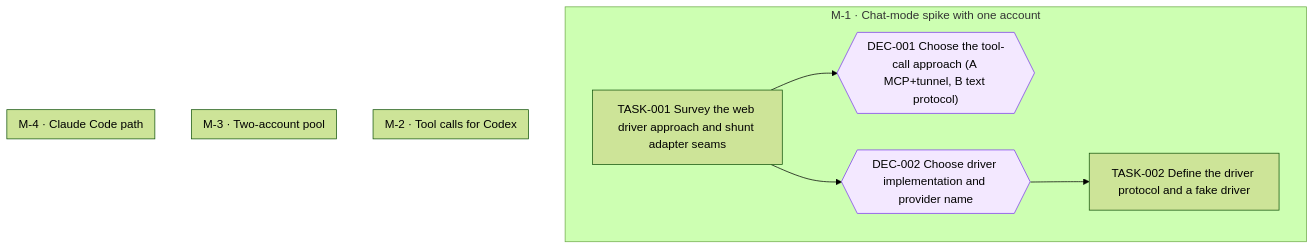
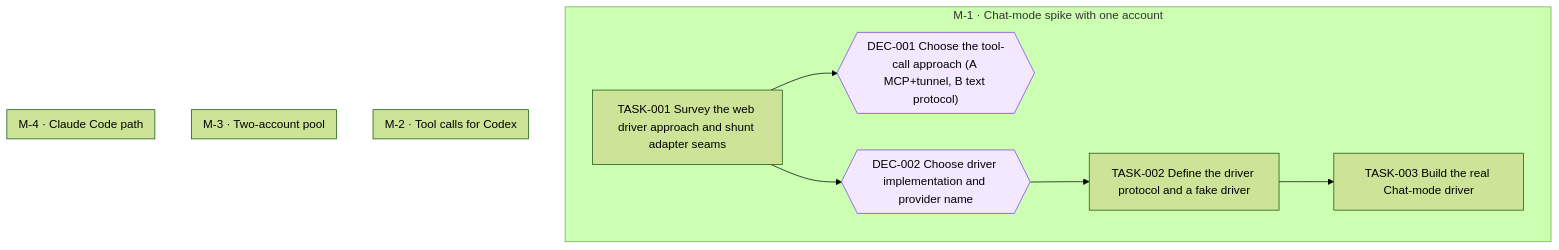
Before and after one commit to jesusvillota/shunt: the diagram in goals/chatgptweb-provider/README.md, drawn with Mermaid (forest theme). The commit also changed 1 other file, not shown here.

Commit message:
goal(chatgptweb-provider): add TASK-003 Build the real Chat-mode driver

````diff
--- a/goals/chatgptweb-provider/README.md
+++ b/goals/chatgptweb-provider/README.md
@@ -132,23 +132,25 @@
 ```mermaid
 flowchart TD
   subgraph M_1["M-1 · Chat-mode spike with one account"]
     DEC_001{{"DEC-001 Choose the tool-call approach (A MCP+tunnel, B text protocol)"}}
     DEC_002{{"DEC-002 Choose driver implementation and provider name"}}
     TASK_001["TASK-001 Survey the web driver approach and shunt adapter seams"]
     TASK_002["TASK-002 Define the driver protocol and a fake driver"]
+    TASK_003["TASK-003 Build the real Chat-mode driver"]
   end
   subgraph M_2["M-2 · Tool calls for Codex"]
   end
   subgraph M_3["M-3 · Two-account pool"]
   end
   subgraph M_4["M-4 · Claude Code path"]
   end
   TASK_001 --> DEC_001
   TASK_001 --> DEC_002
   DEC_002 --> TASK_002
+  TASK_002 --> TASK_003
   classDef draft stroke-dasharray: 4 3
   classDef cancelled opacity:0.45
   classDef decision fill:#f3e8ff,stroke:#7c3aed
   class DEC_001 decision
   class DEC_002 decision
 ```
````
